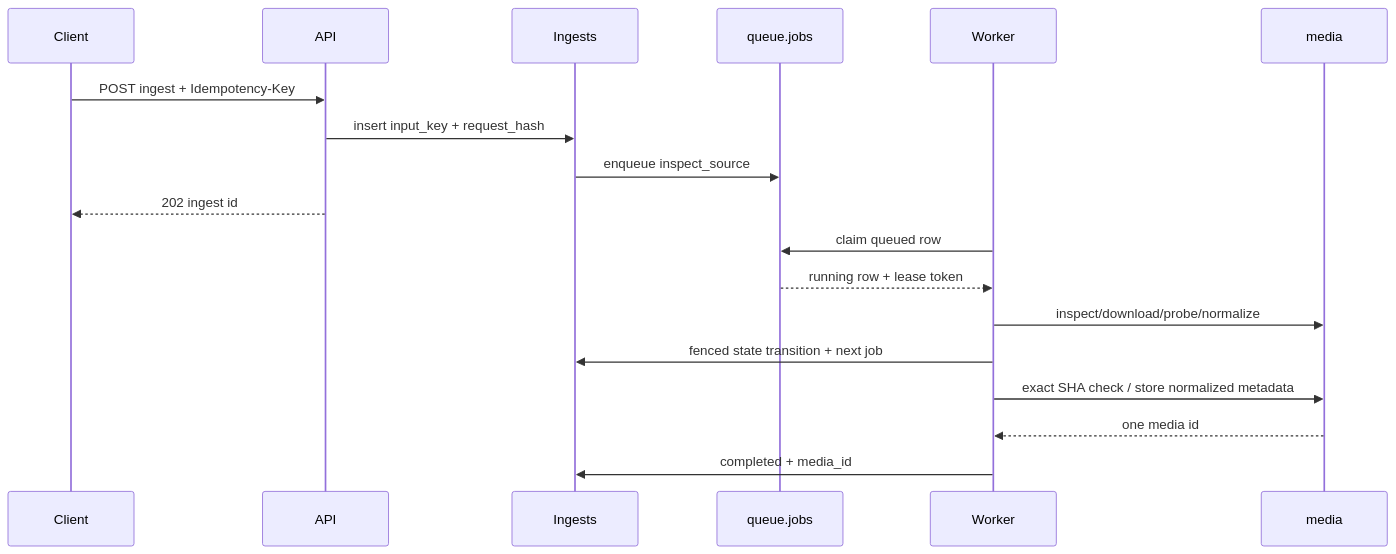
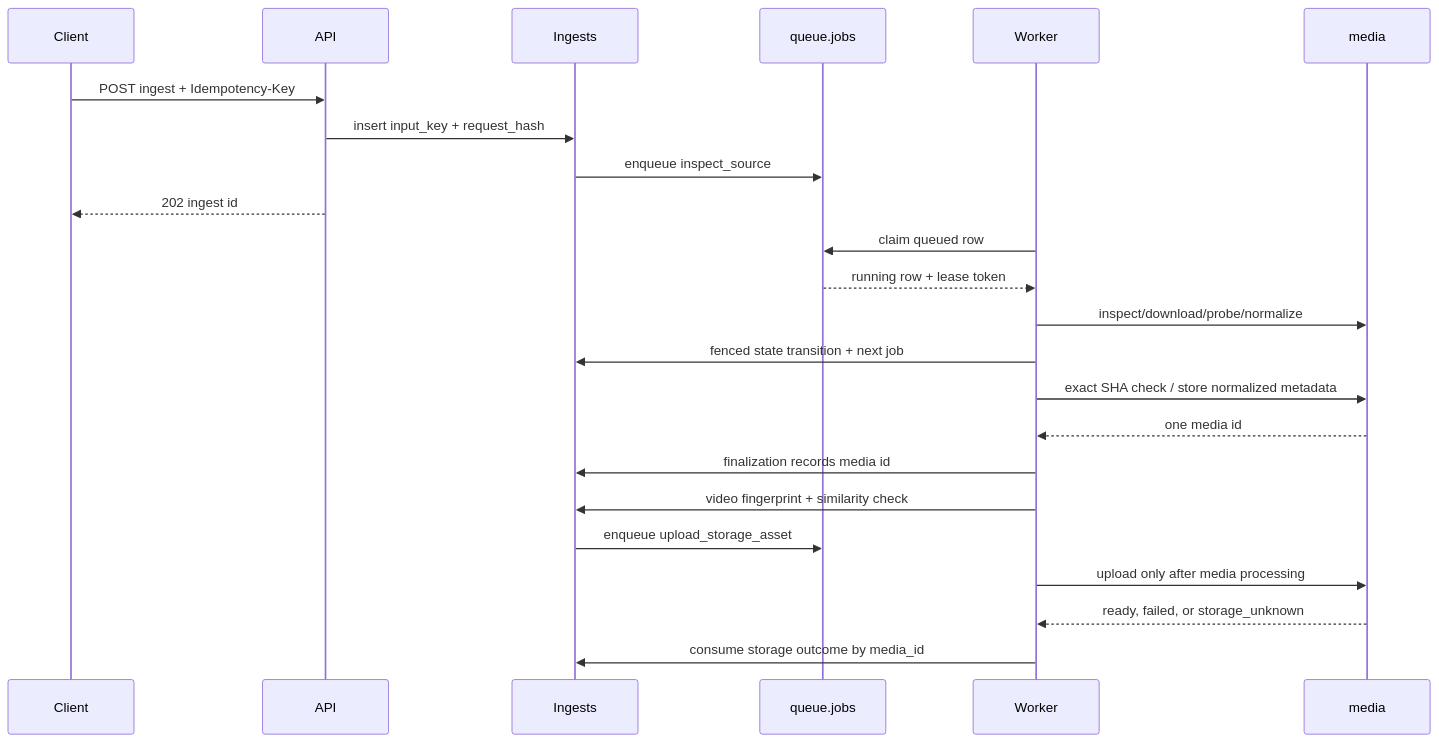
The second of 2 diagrams in docs/architecture.md (godlikedh/sooqa), drawn with Mermaid before and after one commit. The commit also changed other lines of this file and 9 other files, not shown here.

````diff
--- a/docs/architecture.md
+++ b/docs/architecture.md
@@ -80,21 +80,26 @@
 ```mermaid
 sequenceDiagram
     participant Client
     participant API
     participant Ingests
     participant Queue as queue.jobs
     participant Worker
     participant Media as media
 
     Client->>API: POST ingest + Idempotency-Key
     API->>Ingests: insert input_key + request_hash
     Ingests->>Queue: enqueue inspect_source
     API-->>Client: 202 ingest id
     Worker->>Queue: claim queued row
     Queue-->>Worker: running row + lease token
     Worker->>Media: inspect/download/probe/normalize
     Worker->>Ingests: fenced state transition + next job
     Worker->>Media: exact SHA check / store normalized metadata
     Media-->>Worker: one media id
-    Worker->>Ingests: completed + media_id
+    Worker->>Ingests: finalization records media id
+    Worker->>Ingests: video fingerprint + similarity check
+    Ingests->>Queue: enqueue upload_storage_asset
+    Worker->>Media: upload only after media processing
+    Media-->>Worker: ready, failed, or storage_unknown
+    Worker->>Ingests: consume storage outcome by media_id
 ```
````
